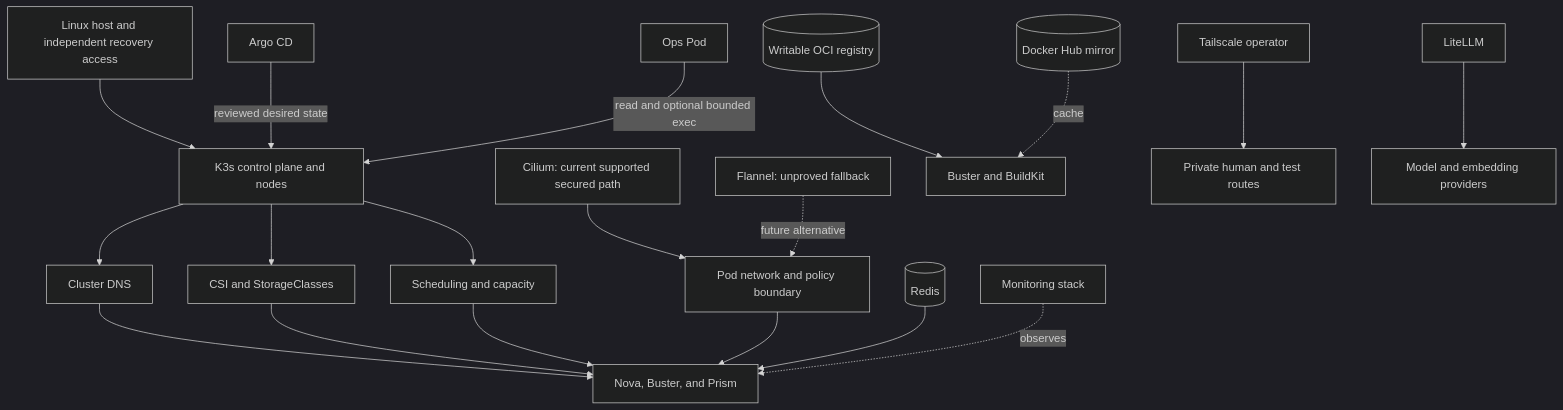
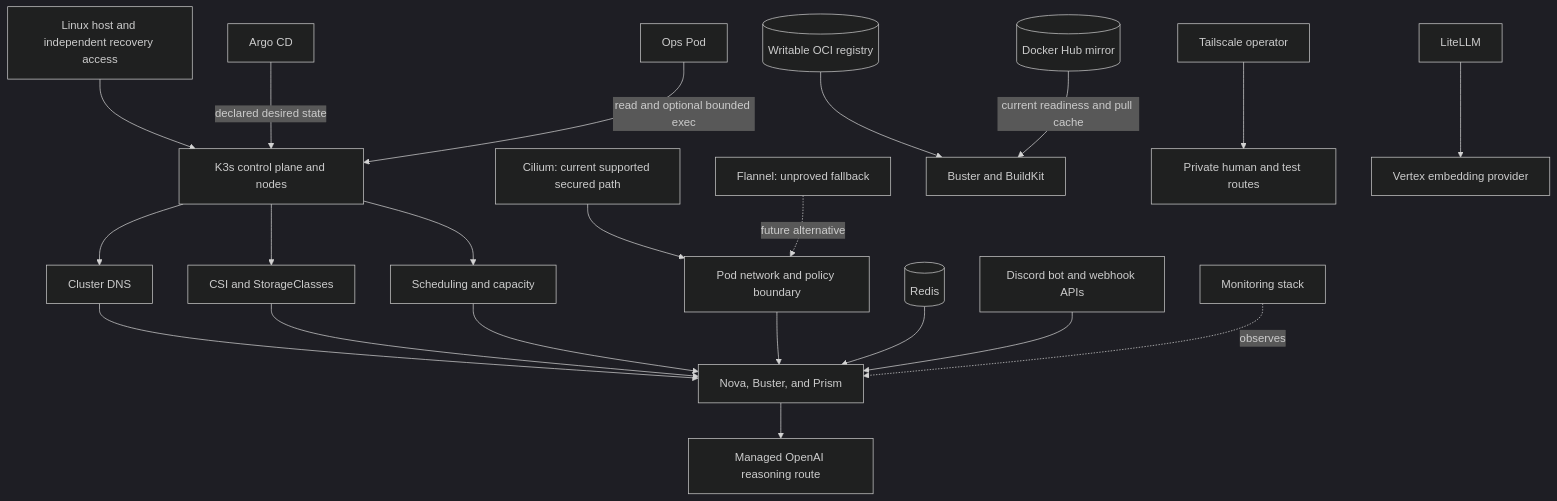
The diagram in docs/site/understand/platform-and-operations.md (datrab/kubeclaw), drawn with Mermaid (dark theme) before and after one commit. The commit also changed other lines of this file and 32 other files, not shown here.

````diff
--- a/docs/site/understand/platform-and-operations.md
+++ b/docs/site/understand/platform-and-operations.md
@@ -50,21 +63,23 @@
 ```mermaid
 flowchart TB
     Host[Linux host and independent recovery access] --> K3s[K3s control plane and nodes]
     K3s --> DNS[Cluster DNS]
     K3s --> Storage[CSI and StorageClasses]
     K3s --> Scheduler[Scheduling and capacity]
     Cilium[Cilium: current supported secured path] --> Network[Pod network and policy boundary]
     Flannel[Flannel: unproved fallback] -. future alternative .-> Network
-    Argo[Argo CD] -->|reviewed desired state| K3s
+    Argo[Argo CD] -->|declared desired state| K3s
     DNS --> Runtime[Nova, Buster, and Prism]
     Storage --> Runtime
     Scheduler --> Runtime
     Network --> Runtime
     Redis[(Redis)] --> Runtime
     Registry[(Writable OCI registry)] --> Buster[Buster and BuildKit]
-    Mirror[(Docker Hub mirror)] -. cache .-> Buster
+    Mirror[(Docker Hub mirror)] -->|current readiness and pull cache| Buster
     Tail[Tailscale operator] --> Entry[Private human and test routes]
-    Lite[LiteLLM] --> Models[Model and embedding providers]
+    Lite[LiteLLM] --> Vertex[Vertex embedding provider]
+    Runtime --> OpenAI[Managed OpenAI reasoning route]
+    Discord[Discord bot and webhook APIs] --> Runtime
     Ops[Ops Pod] -->|read and optional bounded exec| K3s
     Monitor[Monitoring stack] -. observes .-> Runtime
 ```
````
